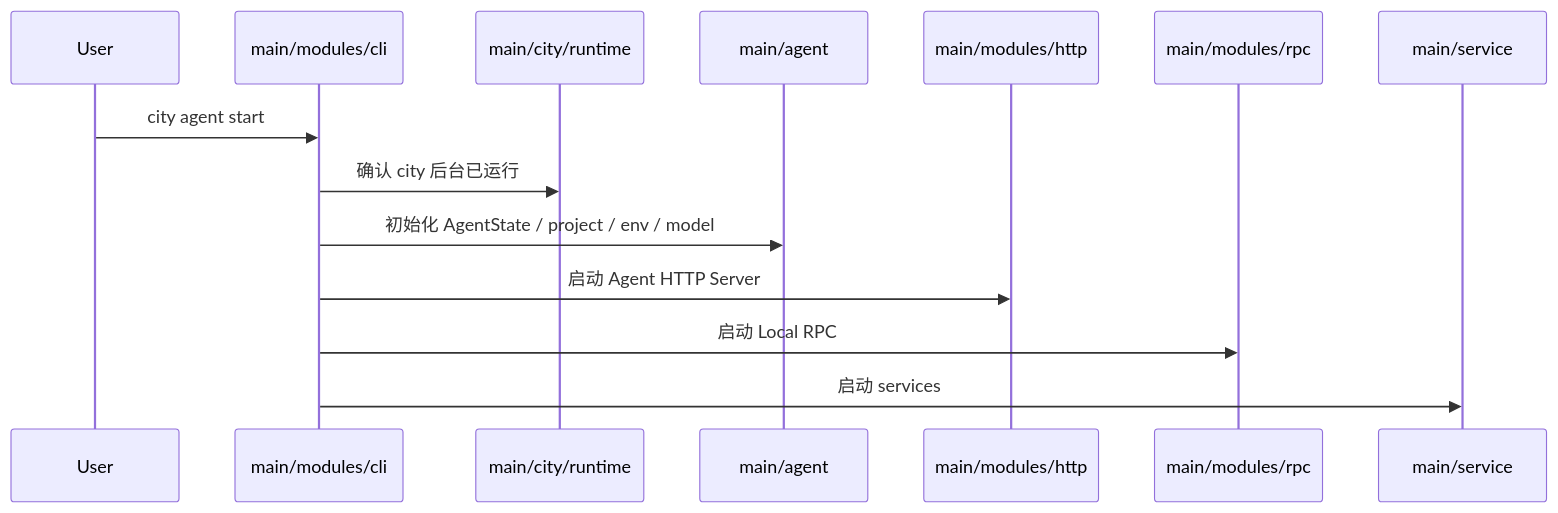
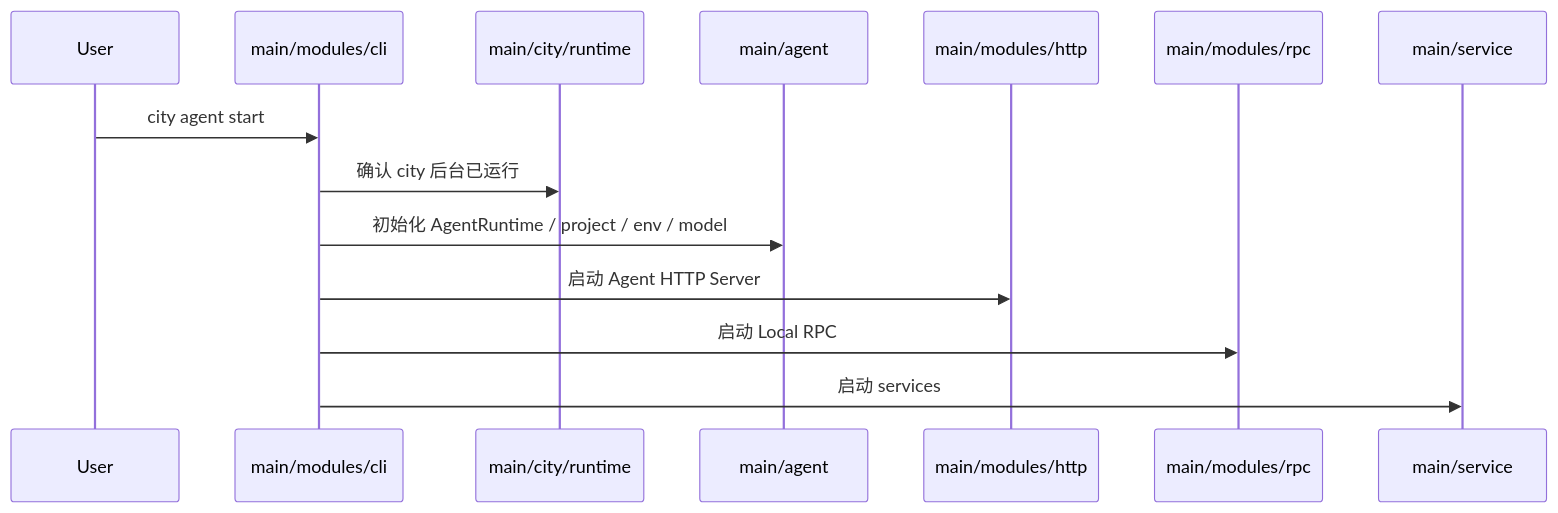
The third of 4 diagrams in packages/downcity/docs/package-structure.md (wangenius/downcity), drawn with Mermaid before and after one commit. The commit also changed other lines of this file and 419 other files, not shown here.

````diff
--- a/packages/downcity/docs/package-structure.md
+++ b/packages/downcity/docs/package-structure.md
@@ -527,17 +527,17 @@
 ```mermaid
 sequenceDiagram
   participant U as User
   participant CLI as main/modules/cli
   participant City as main/city/runtime
   participant Agent as main/agent
   participant HTTP as main/modules/http
   participant RPC as main/modules/rpc
   participant SVC as main/service
 
   U->>CLI: city agent start
   CLI->>City: 确认 city 后台已运行
-  CLI->>Agent: 初始化 AgentState / project / env / model
+  CLI->>Agent: 初始化 AgentRuntime / project / env / model
   CLI->>HTTP: 启动 Agent HTTP Server
   CLI->>RPC: 启动 Local RPC
   CLI->>SVC: 启动 services
 ```
````
